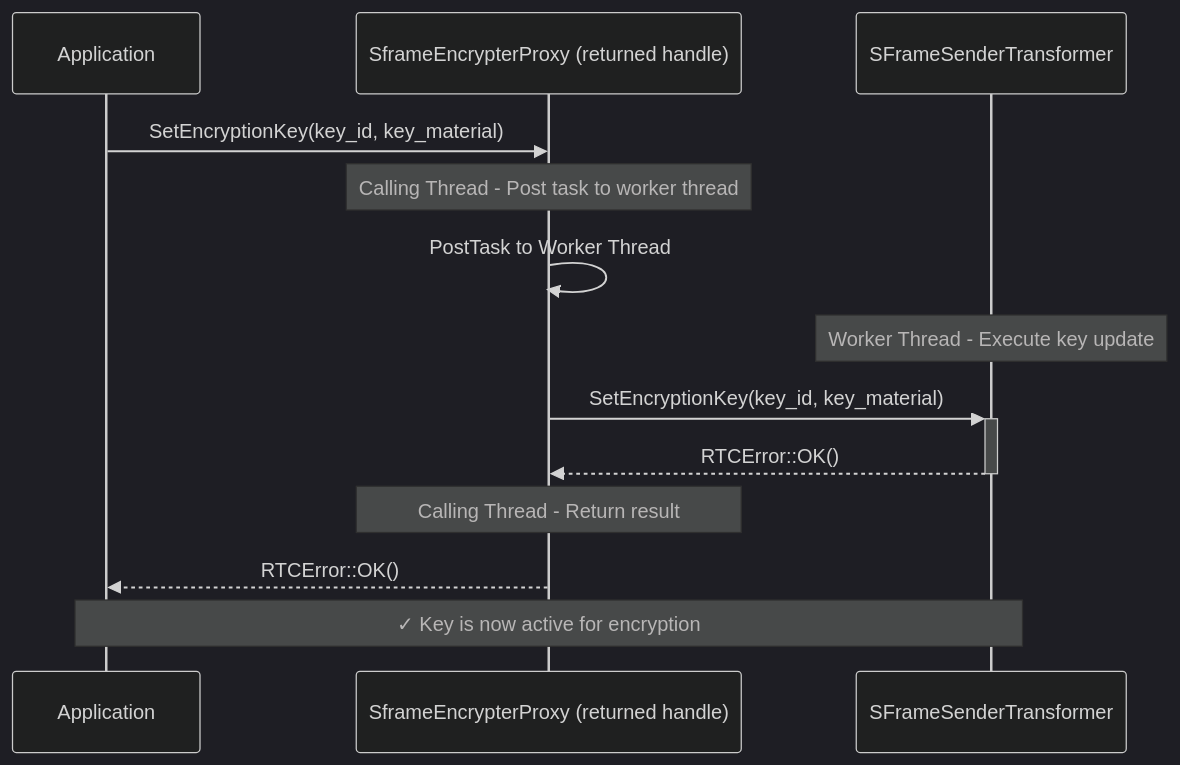
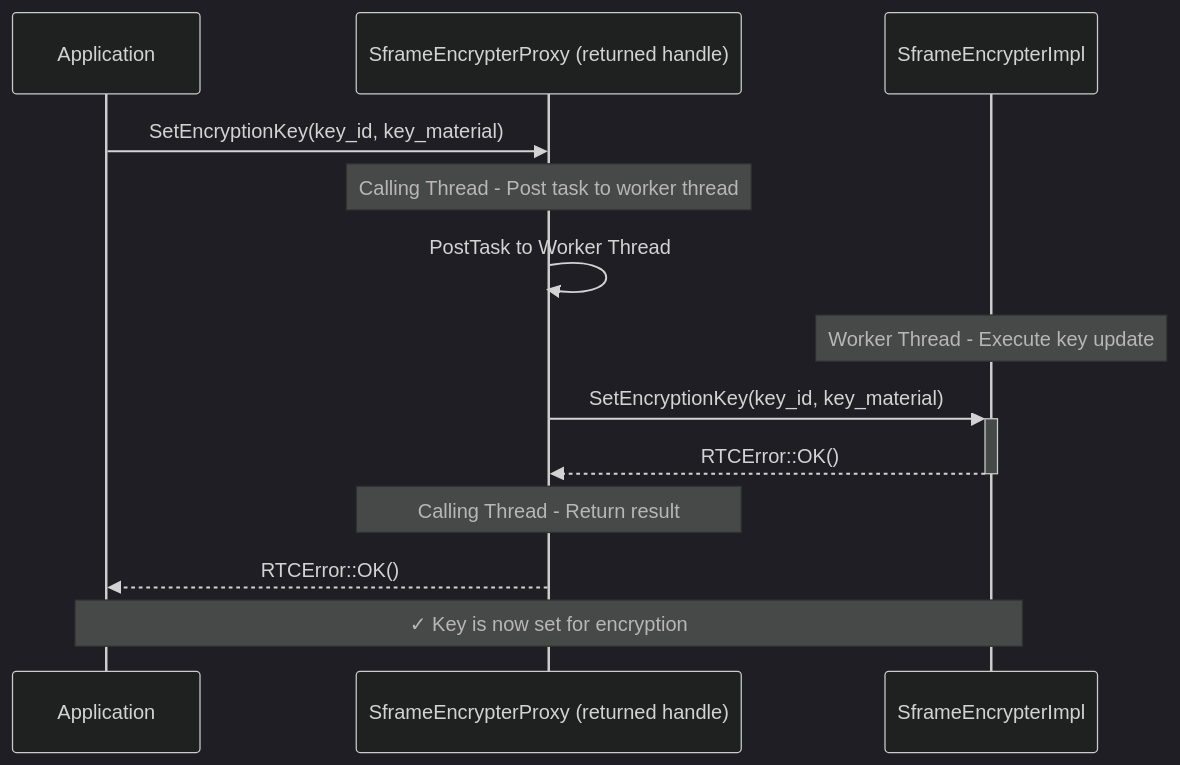
The tenth of 13 diagrams in README.md (webex/webrtc-sframe), drawn with Mermaid (dark theme) before and after one commit. The commit also changed other lines of this file and 1 other file, not shown here.

````diff
--- a/README.md
+++ b/README.md
@@ -389,20 +343,20 @@
 ```mermaid
 sequenceDiagram
     participant App as Application
     participant Proxy as SframeEncrypterProxy (returned handle)
-    participant Transformer as SFrameSenderTransformer
+    participant Encrypter as SframeEncrypterImpl
 
     App->>Proxy: SetEncryptionKey(key_id, key_material)
     
     Note over Proxy: Calling Thread - Post task to worker thread
     Proxy->>Proxy: PostTask to Worker Thread
     
-    Note over Transformer: Worker Thread - Execute key update
-    Proxy->>+Transformer: SetEncryptionKey(key_id, key_material)
-    Transformer-->>-Proxy: RTCError::OK()
+    Note over Encrypter: Worker Thread - Execute key update
+    Proxy->>+Encrypter: SetEncryptionKey(key_id, key_material)
+    Encrypter-->>-Proxy: RTCError::OK()
     
     Note over Proxy: Calling Thread - Return result
     Proxy-->>App: RTCError::OK()
     
-    Note over App,Transformer: ✓ Key is now active for encryption
+    Note over App,Encrypter: ✓ Key is now set for encryption
 ```
````
